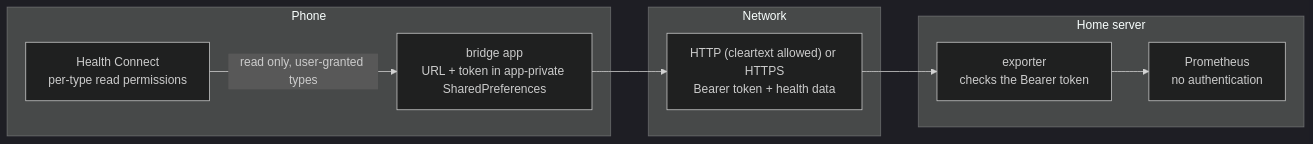
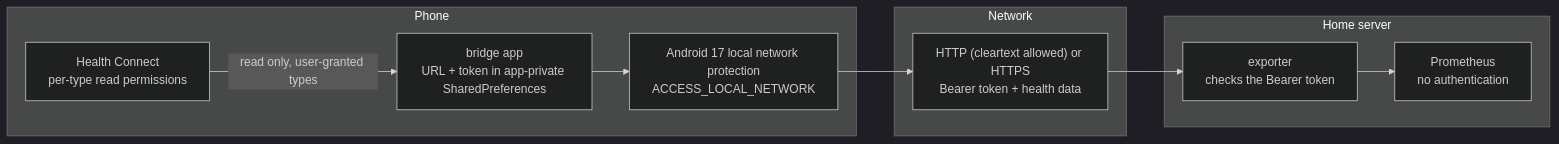
Before and after one commit to MateuxLucax/health-connect-bridge: the fourth of 4 diagrams in docs/architecture.md, drawn with Mermaid (dark theme). The commit also changed other lines of this file and 25 other files, not shown here.

````diff
--- a/docs/architecture.md
+++ b/docs/architecture.md
@@ -126,16 +130,18 @@
 ```mermaid
 flowchart LR
     subgraph device["Phone"]
         hc["Health Connect<br/>per-type read permissions"]
         app["bridge app<br/>URL + token in app-private SharedPreferences"]
         hc -->|"read only, user-granted types"| app
+        lnp["Android 17 local network protection<br/>ACCESS_LOCAL_NETWORK"]
+        app --> lnp
     end
     subgraph net["Network"]
         wire["HTTP (cleartext allowed) or HTTPS<br/>Bearer token + health data"]
     end
     subgraph host["Home server"]
         exp["exporter<br/>checks the Bearer token"]
         prom["Prometheus<br/>no authentication"]
     end
-    app --> wire --> exp --> prom
+    lnp --> wire --> exp --> prom
 ```
````
